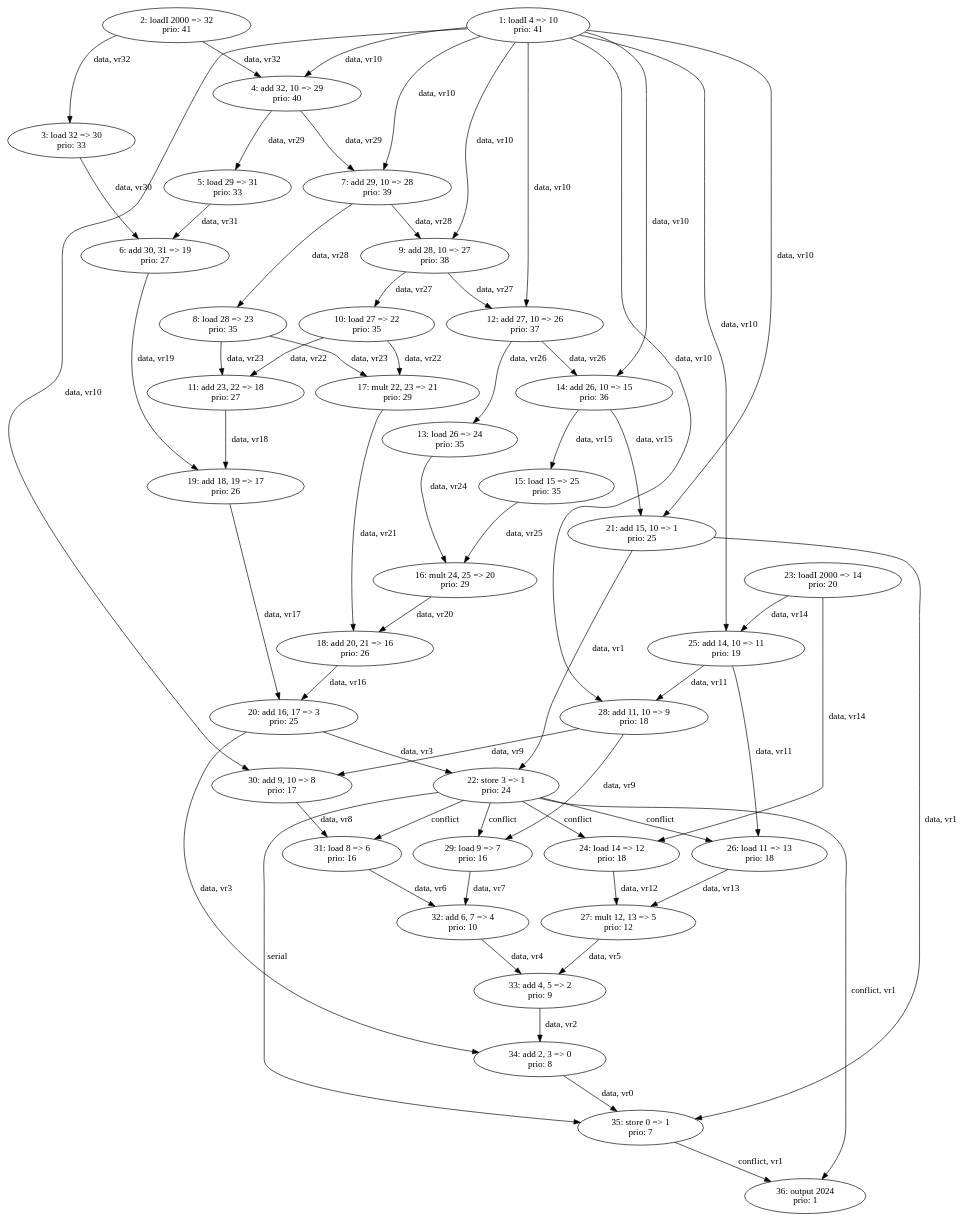
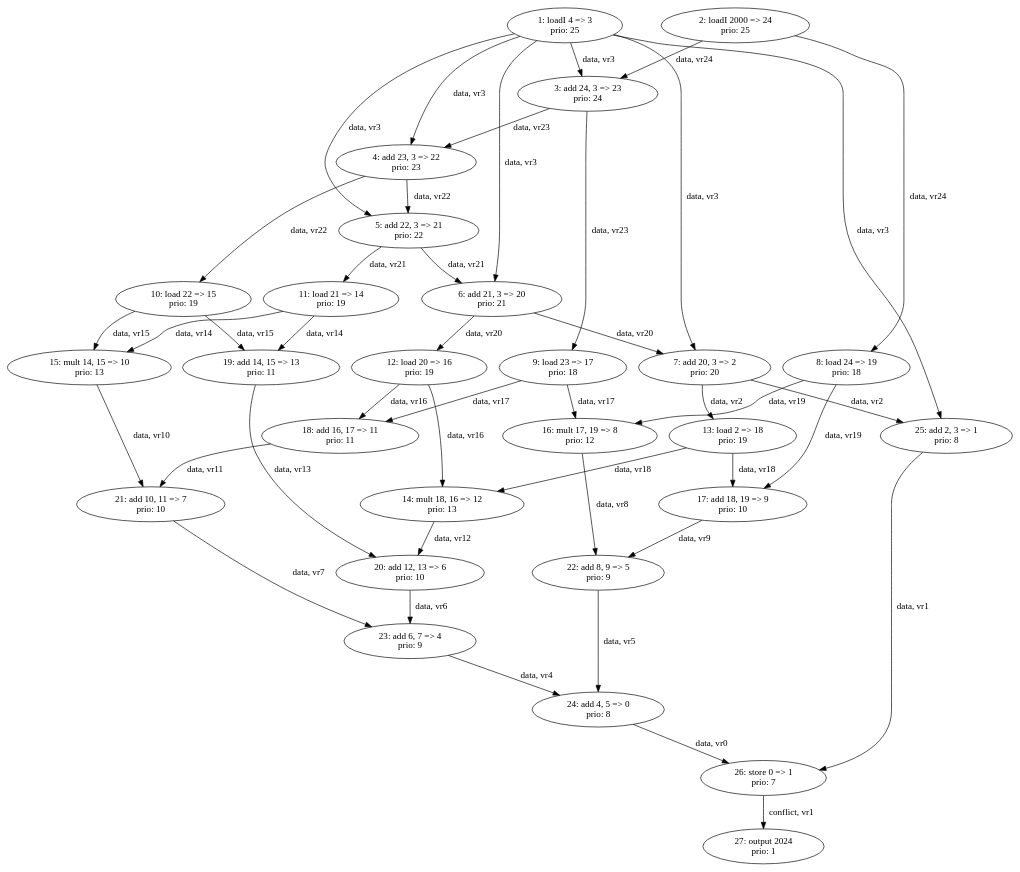
The diagram in lab3_reverse_dependence_graph.dot (sarahluan11/COMP-412-Lab-3), drawn with Graphviz before and after one commit. The commit also changed 5 other files, not shown here.

```diff
--- a/lab3_reverse_dependence_graph.dot
+++ b/lab3_reverse_dependence_graph.dot
@@ -1,99 +1,72 @@
 digraph DependenceGraph {
-    "140630521961160" [label="1: loadI 4 => 10\nprio: 41"];
-    "140630521961216" [label="2: loadI 2000 => 32\nprio: 41"];
-    "140630521961272" [label="3: load 32 => 30\nprio: 33"];
-    "140630521961328" [label="4: add 32, 10 => 29\nprio: 40"];
-    "140630521961384" [label="5: load 29 => 31\nprio: 33"];
-    "140630521961440" [label="6: add 30, 31 => 19\nprio: 27"];
-    "140630521961496" [label="7: add 29, 10 => 28\nprio: 39"];
-    "140630521961552" [label="8: load 28 => 23\nprio: 35"];
-    "140630521961608" [label="9: add 28, 10 => 27\nprio: 38"];
-    "140630521961664" [label="10: load 27 => 22\nprio: 35"];
-    "140630521961720" [label="11: add 23, 22 => 18\nprio: 27"];
-    "140630521961776" [label="12: add 27, 10 => 26\nprio: 37"];
-    "140630521961832" [label="13: load 26 => 24\nprio: 35"];
-    "140630521961888" [label="14: add 26, 10 => 15\nprio: 36"];
-    "140630521961944" [label="15: load 15 => 25\nprio: 35"];
-    "140630521962000" [label="16: mult 24, 25 => 20\nprio: 29"];
-    "140630521962056" [label="17: mult 22, 23 => 21\nprio: 29"];
-    "140630521962112" [label="18: add 20, 21 => 16\nprio: 26"];
-    "140630521962168" [label="19: add 18, 19 => 17\nprio: 26"];
-    "140630521962224" [label="20: add 16, 17 => 3\nprio: 25"];
-    "140630521962280" [label="21: add 15, 10 => 1\nprio: 25"];
-    "140630521962336" [label="22: store 3 => 1\nprio: 24"];
-    "140630521962392" [label="23: loadI 2000 => 14\nprio: 20"];
-    "140630521962448" [label="24: load 14 => 12\nprio: 18"];
-    "140630521983048" [label="25: add 14, 10 => 11\nprio: 19"];
-    "140630521983104" [label="26: load 11 => 13\nprio: 18"];
-    "140630521983160" [label="27: mult 12, 13 => 5\nprio: 12"];
-    "140630521983216" [label="28: add 11, 10 => 9\nprio: 18"];
-    "140630521983272" [label="29: load 9 => 7\nprio: 16"];
-    "140630521983328" [label="30: add 9, 10 => 8\nprio: 17"];
-    "140630521983384" [label="31: load 8 => 6\nprio: 16"];
-    "140630521983440" [label="32: add 6, 7 => 4\nprio: 10"];
-    "140630521983496" [label="33: add 4, 5 => 2\nprio: 9"];
-    "140630521983552" [label="34: add 2, 3 => 0\nprio: 8"];
-    "140630521983608" [label="35: store 0 => 1\nprio: 7"];
-    "140630521983664" [label="36: output 2024\nprio: 1"];
-    "140630521961160" -> "140630521961328" [label="data, vr10"];
-    "140630521961160" -> "140630521961496" [label="data, vr10"];
-    "140630521961160" -> "140630521961608" [label="data, vr10"];
-    "140630521961160" -> "140630521961776" [label="data, vr10"];
-    "140630521961160" -> "140630521961888" [label="data, vr10"];
-    "140630521961160" -> "140630521962280" [label="data, vr10"];
-    "140630521961160" -> "140630521983048" [label="data, vr10"];
-    "140630521961160" -> "140630521983216" [label="data, vr10"];
-    "140630521961160" -> "140630521983328" [label="data, vr10"];
-    "140630521961216" -> "140630521961272" [label="data, vr32"];
-    "140630521961216" -> "140630521961328" [label="data, vr32"];
-    "140630521961272" -> "140630521961440" [label="data, vr30"];
-    "140630521961328" -> "140630521961384" [label="data, vr29"];
-    "140630521961328" -> "140630521961496" [label="data, vr29"];
-    "140630521961384" -> "140630521961440" [label="data, vr31"];
-    "140630521961440" -> "140630521962168" [label="data, vr19"];
-    "140630521961496" -> "140630521961552" [label="data, vr28"];
-    "140630521961496" -> "140630521961608" [label="data, vr28"];
-    "140630521961552" -> "140630521961720" [label="data, vr23"];
-    "140630521961552" -> "140630521962056" [label="data, vr23"];
-    "140630521961608" -> "140630521961664" [label="data, vr27"];
-    "140630521961608" -> "140630521961776" [label="data, vr27"];
-    "140630521961664" -> "140630521961720" [label="data, vr22"];
-    "140630521961664" -> "140630521962056" [label="data, vr22"];
-    "140630521961720" -> "140630521962168" [label="data, vr18"];
-    "140630521961776" -> "140630521961832" [label="data, vr26"];
-    "140630521961776" -> "140630521961888" [label="data, vr26"];
-    "140630521961832" -> "140630521962000" [label="data, vr24"];
-    "140630521961888" -> "140630521961944" [label="data, vr15"];
-    "140630521961888" -> "140630521962280" [label="data, vr15"];
-    "140630521961944" -> "140630521962000" [label="data, vr25"];
-    "140630521962000" -> "140630521962112" [label="data, vr20"];
-    "140630521962056" -> "140630521962112" [label="data, vr21"];
-    "140630521962112" -> "140630521962224" [label="data, vr16"];
-    "140630521962168" -> "140630521962224" [label="data, vr17"];
-    "140630521962224" -> "140630521962336" [label="data, vr3"];
-    "140630521962224" -> "140630521983552" [label="data, vr3"];
-    "140630521962280" -> "140630521962336" [label="data, vr1"];
-    "140630521962280" -> "140630521983608" [label="data, vr1"];
-    "140630521962336" -> "140630521962448" [label="conflict"];
-    "140630521962336" -> "140630521983104" [label="conflict"];
-    "140630521962336" -> "140630521983272" [label="conflict"];
-    "140630521962336" -> "140630521983384" [label="conflict"];
-    "140630521962336" -> "140630521983608" [label="serial"];
-    "140630521962336" -> "140630521983664" [label="conflict, vr1"];
-    "140630521962392" -> "140630521962448" [label="data, vr14"];
-    "140630521962392" -> "140630521983048" [label="data, vr14"];
-    "140630521962448" -> "140630521983160" [label="data, vr12"];
-    "140630521983048" -> "140630521983104" [label="data, vr11"];
-    "140630521983048" -> "140630521983216" [label="data, vr11"];
-    "140630521983104" -> "140630521983160" [label="data, vr13"];
-    "140630521983160" -> "140630521983496" [label="data, vr5"];
-    "140630521983216" -> "140630521983272" [label="data, vr9"];
-    "140630521983216" -> "140630521983328" [label="data, vr9"];
-    "140630521983272" -> "140630521983440" [label="data, vr7"];
-    "140630521983328" -> "140630521983384" [label="data, vr8"];
-    "140630521983384" -> "140630521983440" [label="data, vr6"];
-    "140630521983440" -> "140630521983496" [label="data, vr4"];
-    "140630521983496" -> "140630521983552" [label="data, vr2"];
-    "140630521983552" -> "140630521983608" [label="data, vr0"];
-    "140630521983608" -> "140630521983664" [label="conflict, vr1"];
+    "139846148022848" [label="1: loadI 4 => 3\nprio: 25"];
+    "139846148022904" [label="2: loadI 2000 => 24\nprio: 25"];
+    "139846148022960" [label="3: add 24, 3 => 23\nprio: 24"];
+    "139846148023016" [label="4: add 23, 3 => 22\nprio: 23"];
+    "139846148023072" [label="5: add 22, 3 => 21\nprio: 22"];
+    "139846148023128" [label="6: add 21, 3 => 20\nprio: 21"];
+    "139846148023184" [label="7: add 20, 3 => 2\nprio: 20"];
+    "139846148023240" [label="8: load 24 => 19\nprio: 18"];
+    "139846148023296" [label="9: load 23 => 17\nprio: 18"];
+    "139846148023352" [label="10: load 22 => 15\nprio: 19"];
+    "139846148023408" [label="11: load 21 => 14\nprio: 19"];
+    "139846148023464" [label="12: load 20 => 16\nprio: 19"];
+    "139846148023520" [label="13: load 2 => 18\nprio: 19"];
+    "139846148023576" [label="14: mult 18, 16 => 12\nprio: 13"];
+    "139846148023632" [label="15: mult 14, 15 => 10\nprio: 13"];
+    "139846148023688" [label="16: mult 17, 19 => 8\nprio: 12"];
+    "139846148023744" [label="17: add 18, 19 => 9\nprio: 10"];
+    "139846148023800" [label="18: add 16, 17 => 11\nprio: 11"];
+    "139846148023856" [label="19: add 14, 15 => 13\nprio: 11"];
+    "139846148023912" [label="20: add 12, 13 => 6\nprio: 10"];
+    "139846148023968" [label="21: add 10, 11 => 7\nprio: 10"];
+    "139846148024024" [label="22: add 8, 9 => 5\nprio: 9"];
+    "139846148024080" [label="23: add 6, 7 => 4\nprio: 9"];
+    "139846148024136" [label="24: add 4, 5 => 0\nprio: 8"];
+    "139846148024192" [label="25: add 2, 3 => 1\nprio: 8"];
+    "139846148024248" [label="26: store 0 => 1\nprio: 7"];
+    "139846148024304" [label="27: output 2024\nprio: 1"];
+    "139846148022848" -> "139846148022960" [label="data, vr3"];
+    "139846148022848" -> "139846148023016" [label="data, vr3"];
+    "139846148022848" -> "139846148023072" [label="data, vr3"];
+    "139846148022848" -> "139846148023128" [label="data, vr3"];
+    "139846148022848" -> "139846148023184" [label="data, vr3"];
+    "139846148022848" -> "139846148024192" [label="data, vr3"];
+    "139846148022904" -> "139846148022960" [label="data, vr24"];
+    "139846148022904" -> "139846148023240" [label="data, vr24"];
+    "139846148022960" -> "139846148023016" [label="data, vr23"];
+    "139846148022960" -> "139846148023296" [label="data, vr23"];
+    "139846148023016" -> "139846148023072" [label="data, vr22"];
+    "139846148023016" -> "139846148023352" [label="data, vr22"];
+    "139846148023072" -> "139846148023128" [label="data, vr21"];
+    "139846148023072" -> "139846148023408" [label="data, vr21"];
+    "139846148023128" -> "139846148023184" [label="data, vr20"];
+    "139846148023128" -> "139846148023464" [label="data, vr20"];
+    "139846148023184" -> "139846148023520" [label="data, vr2"];
+    "139846148023184" -> "139846148024192" [label="data, vr2"];
+    "139846148023240" -> "139846148023688" [label="data, vr19"];
+    "139846148023240" -> "139846148023744" [label="data, vr19"];
+    "139846148023296" -> "139846148023688" [label="data, vr17"];
+    "139846148023296" -> "139846148023800" [label="data, vr17"];
+    "139846148023352" -> "139846148023632" [label="data, vr15"];
+    "139846148023352" -> "139846148023856" [label="data, vr15"];
+    "139846148023408" -> "139846148023632" [label="data, vr14"];
+    "139846148023408" -> "139846148023856" [label="data, vr14"];
+    "139846148023464" -> "139846148023576" [label="data, vr16"];
+    "139846148023464" -> "139846148023800" [label="data, vr16"];
+    "139846148023520" -> "139846148023576" [label="data, vr18"];
+    "139846148023520" -> "139846148023744" [label="data, vr18"];
+    "139846148023576" -> "139846148023912" [label="data, vr12"];
+    "139846148023632" -> "139846148023968" [label="data, vr10"];
+    "139846148023688" -> "139846148024024" [label="data, vr8"];
+    "139846148023744" -> "139846148024024" [label="data, vr9"];
+    "139846148023800" -> "139846148023968" [label="data, vr11"];
+    "139846148023856" -> "139846148023912" [label="data, vr13"];
+    "139846148023912" -> "139846148024080" [label="data, vr6"];
+    "139846148023968" -> "139846148024080" [label="data, vr7"];
+    "139846148024024" -> "139846148024136" [label="data, vr5"];
+    "139846148024080" -> "139846148024136" [label="data, vr4"];
+    "139846148024136" -> "139846148024248" [label="data, vr0"];
+    "139846148024192" -> "139846148024248" [label="data, vr1"];
+    "139846148024248" -> "139846148024304" [label="conflict, vr1"];
 }
```
